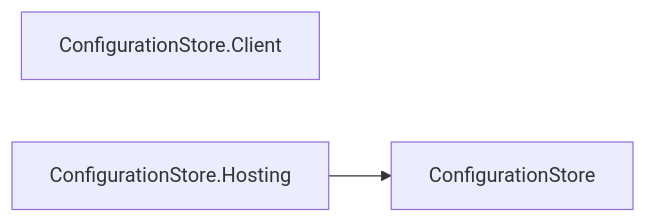
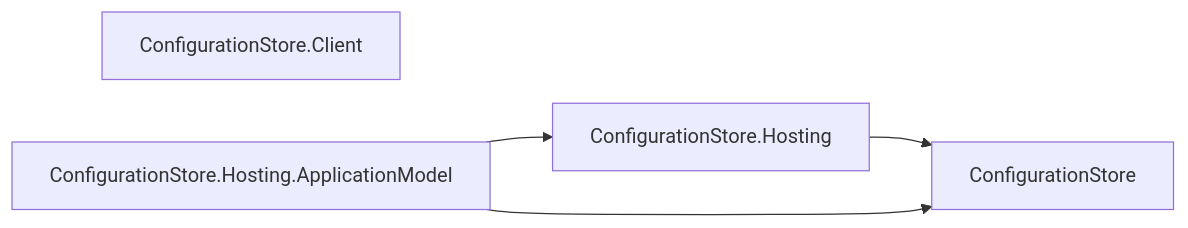
One commit to assimalign/cohesion changed diagram 13 of 27 in docs/DEPENDENCIES.md. Above: the diagram before and after it, drawn with Mermaid. The commit also changed other lines of this file and 454 other files, not shown here.

First line of the commit message:
feat(resources): give every resource area a Hosting.ApplicationModel integration

````diff
--- a/docs/DEPENDENCIES.md
+++ b/docs/DEPENDENCIES.md
@@ -617,7 +620,10 @@
 ```mermaid
 flowchart LR
     N0["ConfigurationStore"]
     N1["ConfigurationStore.Client"]
     N2["ConfigurationStore.Hosting"]
+    N3["ConfigurationStore.Hosting.ApplicationModel"]
     N2 --> N0
+    N3 --> N0
+    N3 --> N2
 ```
````
